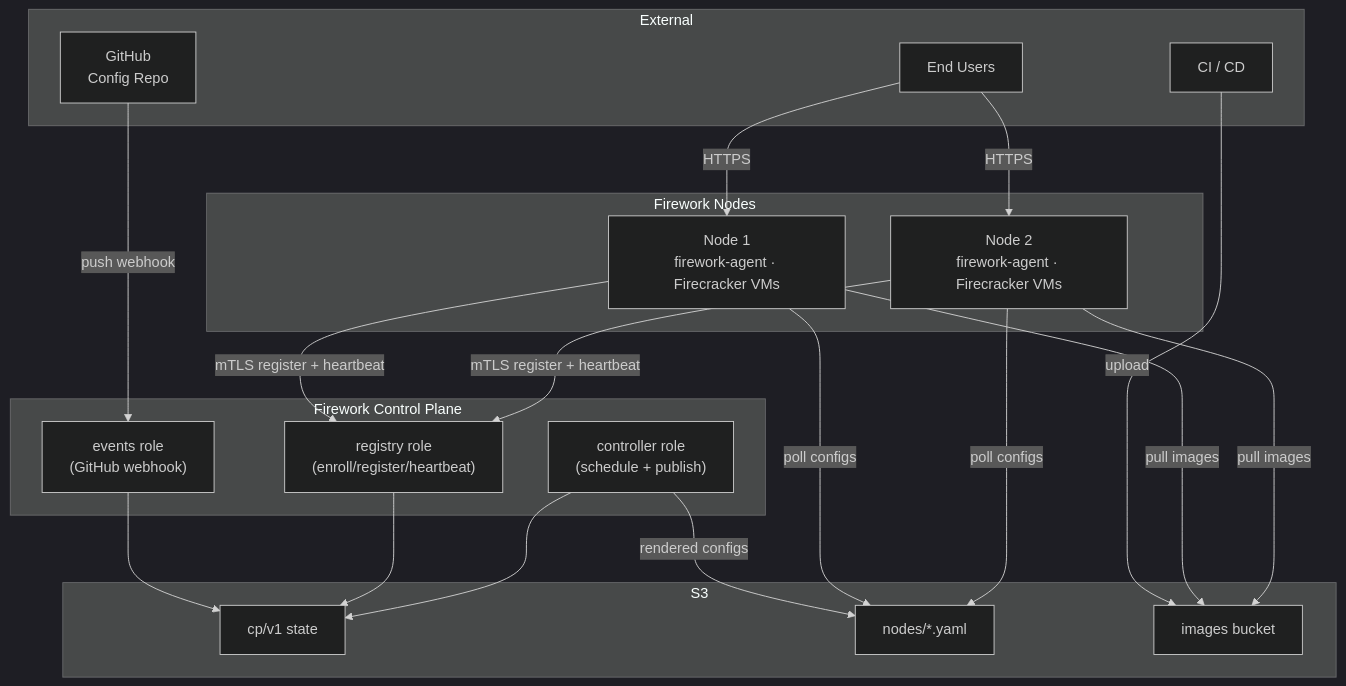
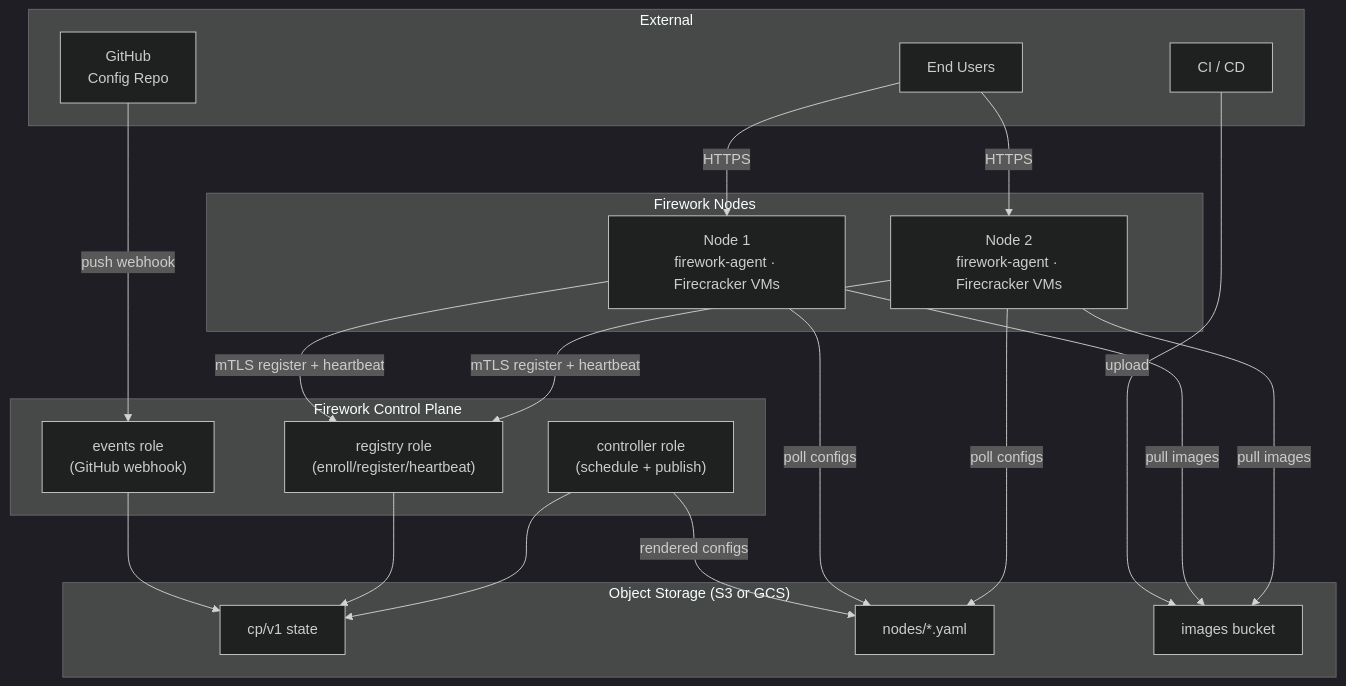
One commit to artemnikitin/firework changed the diagram in README.md. Above: the diagram before and after it, drawn with Mermaid (dark theme). The commit also changed other lines of this file and 6 other files, not shown here.

````diff
--- a/README.md
+++ b/README.md
@@ -14,36 +14,36 @@
 ```mermaid
 flowchart TB
     subgraph external["External"]
         USER["End Users"]
         GITHUB["GitHub\nConfig Repo"]
         CI["CI / CD"]
     end
 
     subgraph control_plane["Firework Control Plane"]
         REG["registry role\n(enroll/register/heartbeat)"]
         EV["events role\n(GitHub webhook)"]
         CTRL["controller role\n(schedule + publish)"]
     end
 
-    subgraph storage["S3"]
-        S3STATE["cp/v1 state"]
-        S3CFG["nodes/*.yaml"]
-        S3IMG["images bucket"]
+    subgraph storage["Object Storage (S3 or GCS)"]
+        STATE["cp/v1 state"]
+        CFG["nodes/*.yaml"]
+        IMG["images bucket"]
     end
 
     subgraph data_plane["Firework Nodes"]
         N1["Node 1\nfirework-agent · Firecracker VMs"]
         N2["Node 2\nfirework-agent · Firecracker VMs"]
     end
 
     USER -->|HTTPS| N1 & N2
     GITHUB -->|push webhook| EV
-    EV --> S3STATE
-    REG --> S3STATE
-    CTRL --> S3STATE
-    CTRL -->|rendered configs| S3CFG
-    CI -->|upload| S3IMG
+    EV --> STATE
+    REG --> STATE
+    CTRL --> STATE
+    CTRL -->|rendered configs| CFG
+    CI -->|upload| IMG
     N1 & N2 -->|mTLS register + heartbeat| REG
-    N1 & N2 -->|poll configs| S3CFG
-    N1 & N2 -->|pull images| S3IMG
+    N1 & N2 -->|poll configs| CFG
+    N1 & N2 -->|pull images| IMG
 ```
````
